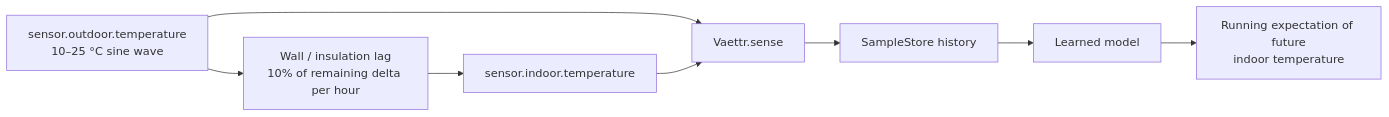
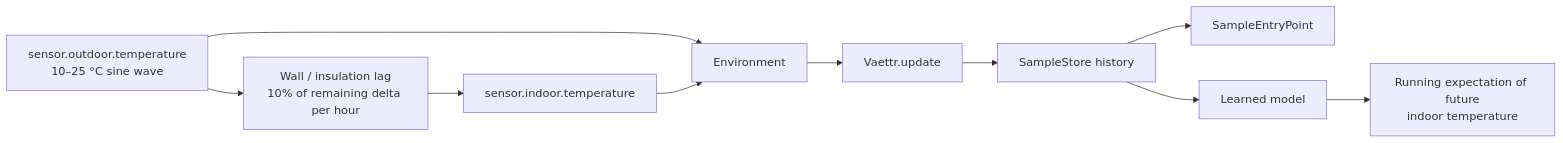
Before and after one commit to skasti/skyn-vaettr: the second of 2 diagrams in docs/sensory-representation.md, drawn with Mermaid. The commit also changed other lines of this file and 60 other files, not shown here.

````diff
--- a/docs/sensory-representation.md
+++ b/docs/sensory-representation.md
@@ -39,10 +45,12 @@
 ```mermaid
 flowchart LR
     Outside["sensor.outdoor.temperature\n10–25 °C sine wave"] --> Thermal["Wall / insulation lag\n10% of remaining delta per hour"]
     Thermal --> Inside["sensor.indoor.temperature"]
-    Outside --> Sense[Vaettr.sense]
-    Inside --> Sense
-    Sense --> Store[SampleStore history]
+    Outside --> Environment[Environment]
+    Inside --> Environment
+    Environment --> Vaettr[Vaettr.update]
+    Vaettr --> Store[SampleStore history]
+    Store --> EntryPoint[SampleEntryPoint]
     Store --> Model[Learned model]
     Model --> Expectation["Running expectation of future\nindoor temperature"]
 ```
````
